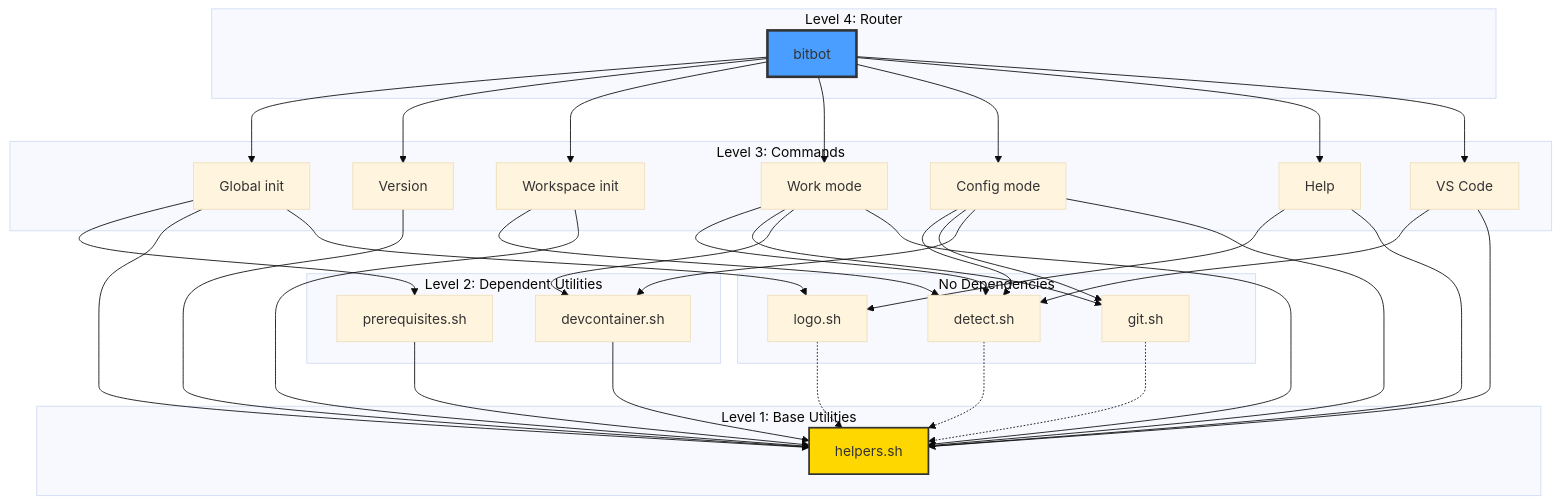
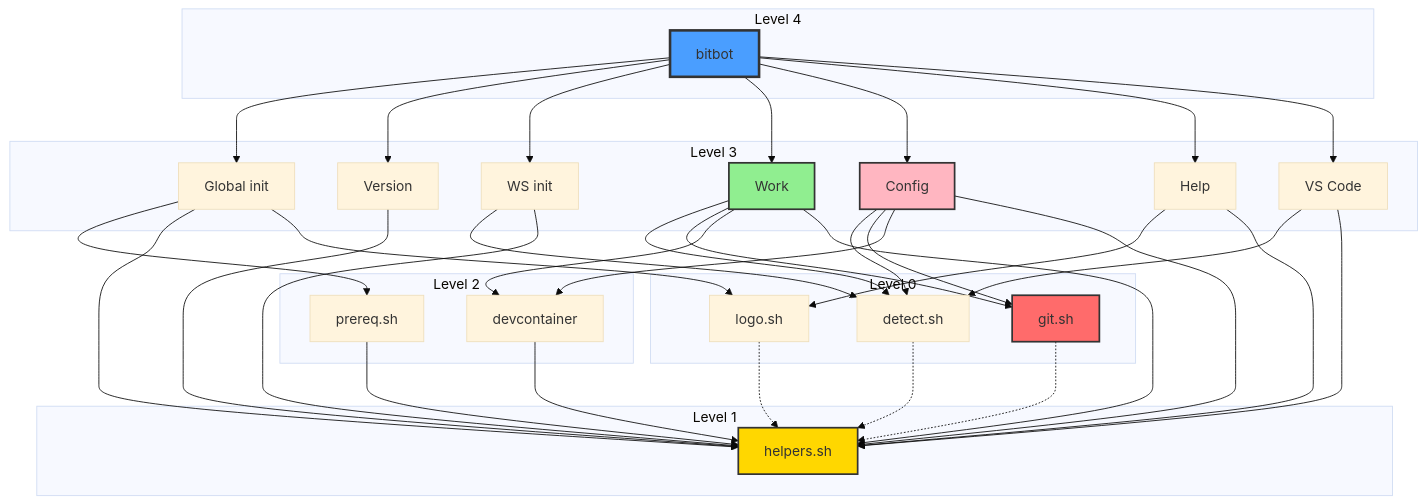
Before and after one commit to ManuelKugelmann/BitBot: the sixth of 6 diagrams in sparc/3-architecture/diagrams/06-component-interaction.md, drawn with Mermaid (base theme). The commit also changed other lines of this file and 5 other files, not shown here.

First line of the commit message:
Remove Docker from config mode in architecture diagrams

````diff
--- a/sparc/3-architecture/diagrams/06-component-interaction.md
+++ b/sparc/3-architecture/diagrams/06-component-interaction.md
@@ -409,74 +412,77 @@
 ```mermaid
 graph TB
-    subgraph "No Dependencies"
+    subgraph L0["Level 0"]
         DETECT[detect.sh]
         GIT[git.sh]
         LOGO[logo.sh]
     end
 
-    subgraph "Level 1: Base Utilities"
+    subgraph L1["Level 1"]
         HELPERS[helpers.sh]
     end
 
-    subgraph "Level 2: Dependent Utilities"
-        PREREQ[prerequisites.sh]
-        DEVCON[devcontainer.sh]
+    subgraph L2["Level 2"]
+        PREREQ[prereq.sh]
+        DEVCON[devcontainer]
     end
 
-    subgraph "Level 3: Commands"
+    subgraph L3["Level 3"]
         GINIT[Global init]
         VERSION[Version]
-        WINIT[Workspace init]
-        WORK[Work mode]
-        CONFIG[Config mode]
+        WINIT[WS init]
+        WORK[Work]
+        CONFIG[Config]
         HELP[Help]
         VSCODE[VS Code]
     end
 
-    subgraph "Level 4: Router"
+    subgraph L4["Level 4"]
         BITBOT[bitbot]
     end
 
     DETECT -.-> HELPERS
     GIT -.-> HELPERS
     LOGO -.-> HELPERS
 
     PREREQ --> HELPERS
     DEVCON --> HELPERS
 
     GINIT --> PREREQ
     GINIT --> HELPERS
     GINIT --> LOGO
 
     VERSION --> HELPERS
 
     WINIT --> DETECT
     WINIT --> HELPERS
 
     WORK --> DETECT
     WORK --> GIT
     WORK --> DEVCON
     WORK --> HELPERS
 
     CONFIG --> DETECT
     CONFIG --> GIT
     CONFIG --> DEVCON
     CONFIG --> HELPERS
 
     HELP --> LOGO
     HELP --> HELPERS
 
     VSCODE --> DETECT
     VSCODE --> HELPERS
 
     BITBOT --> GINIT
     BITBOT --> VERSION
     BITBOT --> WINIT
     BITBOT --> WORK
     BITBOT --> CONFIG
     BITBOT --> HELP
     BITBOT --> VSCODE
 
     style HELPERS fill:#ffd700,stroke:#333,stroke-width:2px
     style BITBOT fill:#4a9eff,stroke:#333,stroke-width:3px
+    style WORK fill:#90ee90,stroke:#333,stroke-width:2px
+    style CONFIG fill:#ffb6c1,stroke:#333,stroke-width:2px
+    style GIT fill:#ff6b6b,stroke:#333,stroke-width:2px
 ```
````
